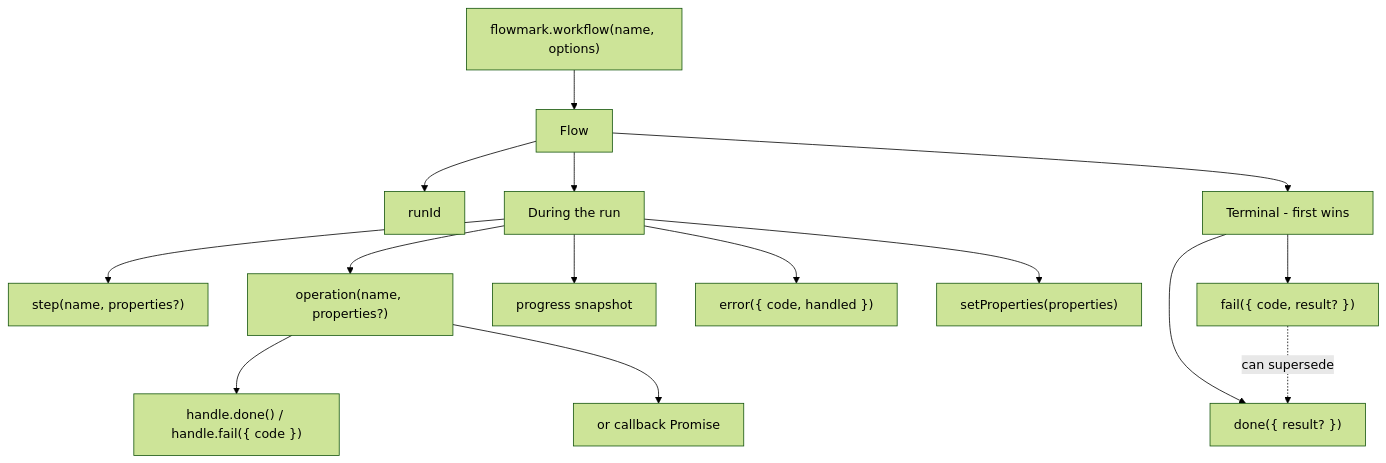
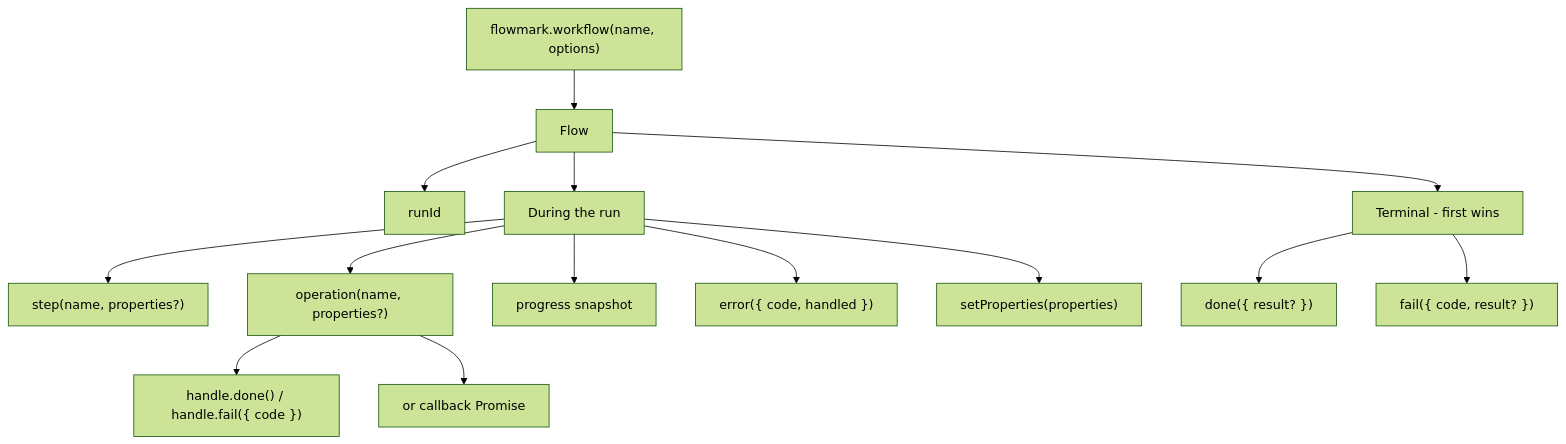
One commit to Mumma6/flowmark changed the first of 2 diagrams in apps/docs/content/docs/concepts/runs.mdx. Above: the diagram before and after it, drawn with Mermaid (forest theme). The commit also changed other lines of this file and 40 other files, not shown here.

````diff
--- a/apps/docs/content/docs/concepts/runs.mdx
+++ b/apps/docs/content/docs/concepts/runs.mdx
@@ -61,17 +106,16 @@
 ```mermaid
 flowchart TB
   start["flowmark.workflow(name, options)"] --> flow[Flow]
   flow --> runId[runId]
   flow --> during[During the run]
   flow --> terminal[Terminal - first wins]
   during --> step["step(name, properties?)"]
   during --> operation["operation(name, properties?)"]
   during --> progress["progress snapshot"]
   during --> error["error({ code, handled })"]
   during --> setProperties["setProperties(properties)"]
   operation --> handle["handle.done() / handle.fail({ code })"]
   operation --> callback["or callback Promise"]
   terminal --> done["done({ result? })"]
   terminal --> fail["fail({ code, result? })"]
-  fail -.->|can supersede| done
 ```
````
